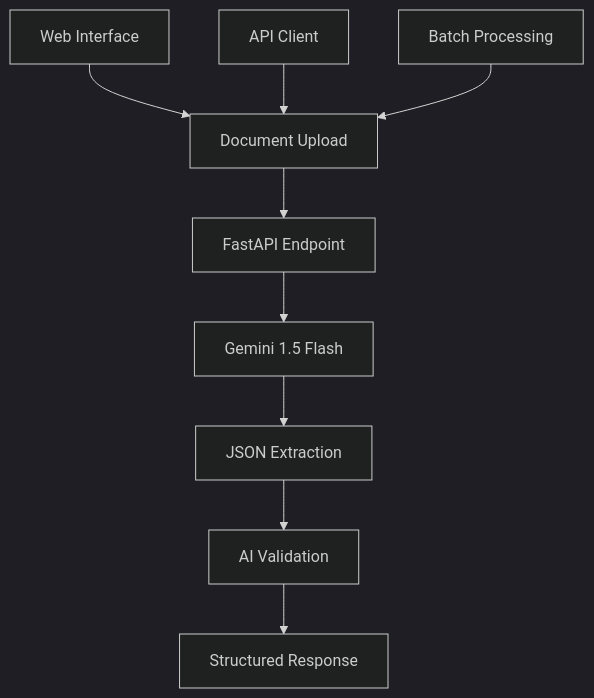
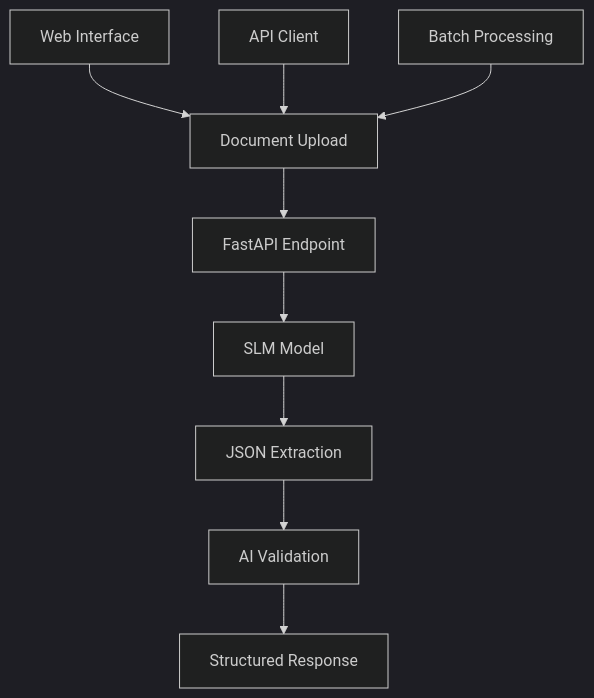
One commit to sanjanb/ocr-automation-pipeline changed the diagram in README.md. Above: the diagram before and after it, drawn with Mermaid (dark theme). The commit also changed other lines of this file, not shown here.

Commit message:
Update README.md to reflect changes from Gemini API to SLM Model

````diff
--- a/README.md
+++ b/README.md
@@ -68,12 +68,12 @@
 ```mermaid
 graph TD
     A[Document Upload] --> B[FastAPI Endpoint]
-    B --> C[Gemini 1.5 Flash]
+    B --> C[SLM Model]
     C --> D[JSON Extraction]
     D --> E[AI Validation]
     E --> F[Structured Response]
 
     G[Web Interface] --> A
     H[API Client] --> A
     I[Batch Processing] --> A
 ```
````
